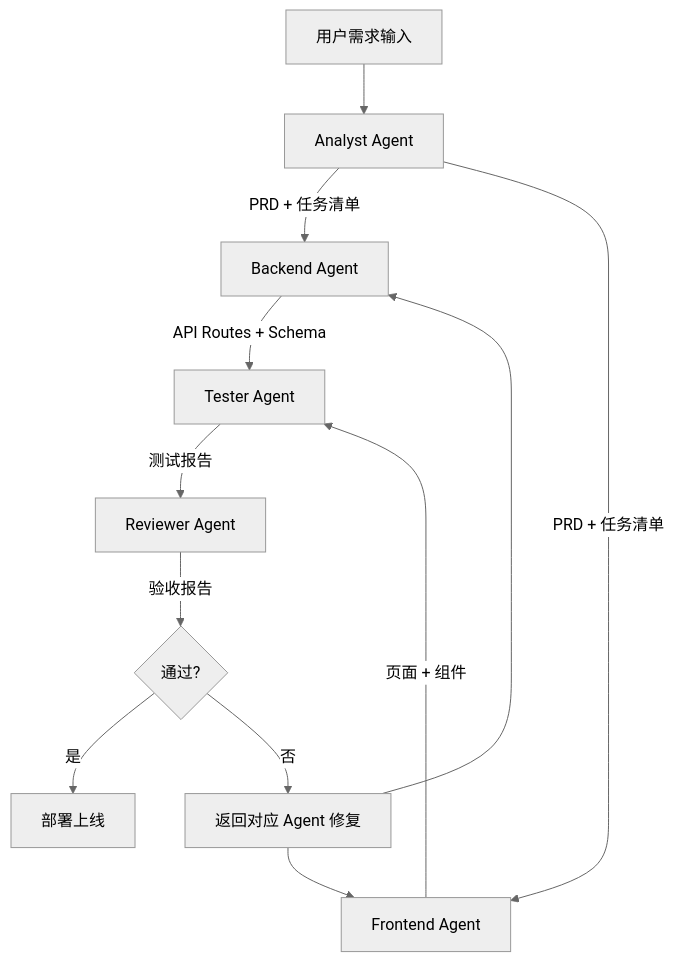
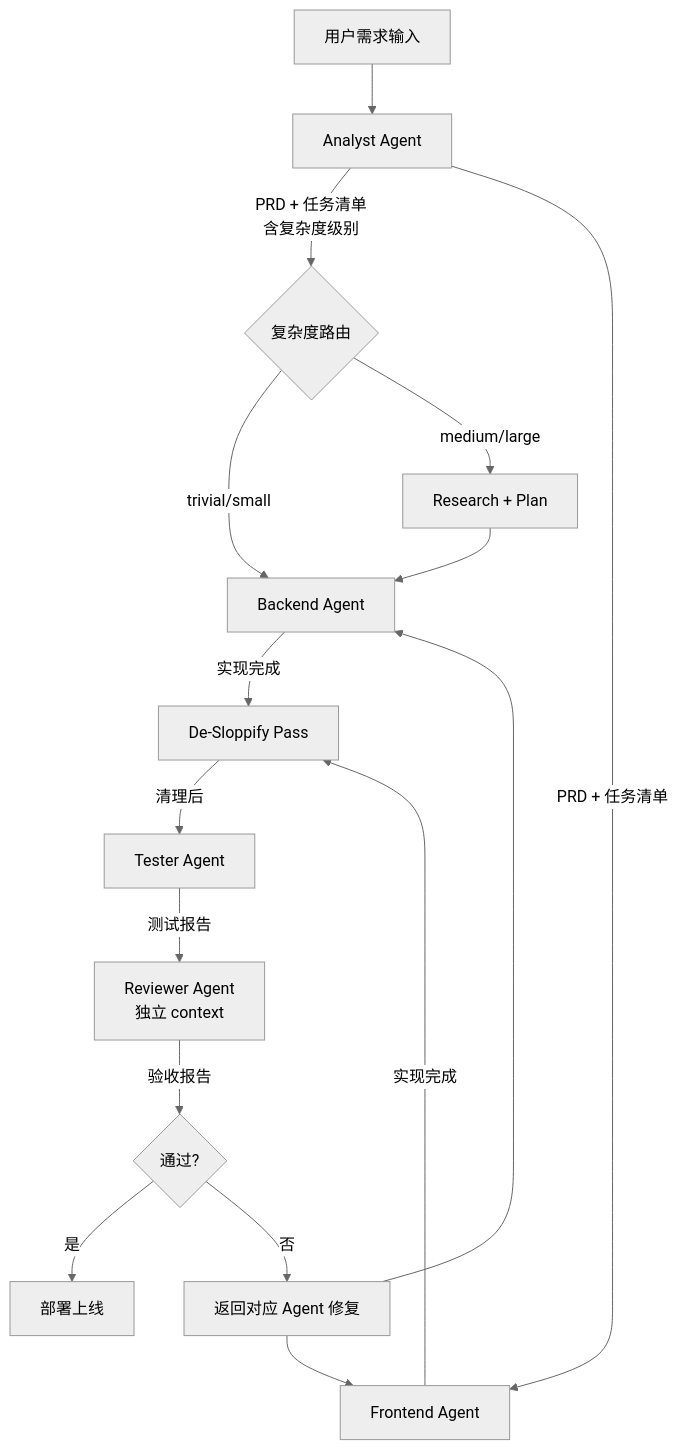
One commit to XiaoZhengTou/agentSkills changed the diagram in workflows/full-pipeline.md. Above: the diagram before and after it, drawn with Mermaid (neutral theme). The commit also changed other lines of this file and 13 other files, not shown here.

````diff
--- a/workflows/full-pipeline.md
+++ b/workflows/full-pipeline.md
@@ -8,14 +9,18 @@
 ```mermaid
 graph TD
     A[用户需求输入] --> B[Analyst Agent]
-    B --> |PRD + 任务清单| C[Backend Agent]
-    B --> |PRD + 任务清单| D[Frontend Agent]
-    C --> |API Routes + Schema| E[Tester Agent]
-    D --> |页面 + 组件| E
-    E --> |测试报告| F[Reviewer Agent]
-    F --> |验收报告| G{通过?}
-    G --> |是| H[部署上线]
-    G --> |否| I[返回对应 Agent 修复]
-    I --> C
-    I --> D
+    B --> |PRD + 任务清单\n含复杂度级别| C{复杂度路由}
+    C --> |trivial/small| D[Backend Agent]
+    C --> |medium/large| E[Research + Plan]
+    E --> D
+    B --> |PRD + 任务清单| F[Frontend Agent]
+    D --> |实现完成| G[De-Sloppify Pass]
+    F --> |实现完成| G
+    G --> |清理后| H[Tester Agent]
+    H --> |测试报告| I[Reviewer Agent\n独立 context]
+    I --> |验收报告| J{通过?}
+    J --> |是| K[部署上线]
+    J --> |否| L[返回对应 Agent 修复]
+    L --> D
+    L --> F
 ```
````
